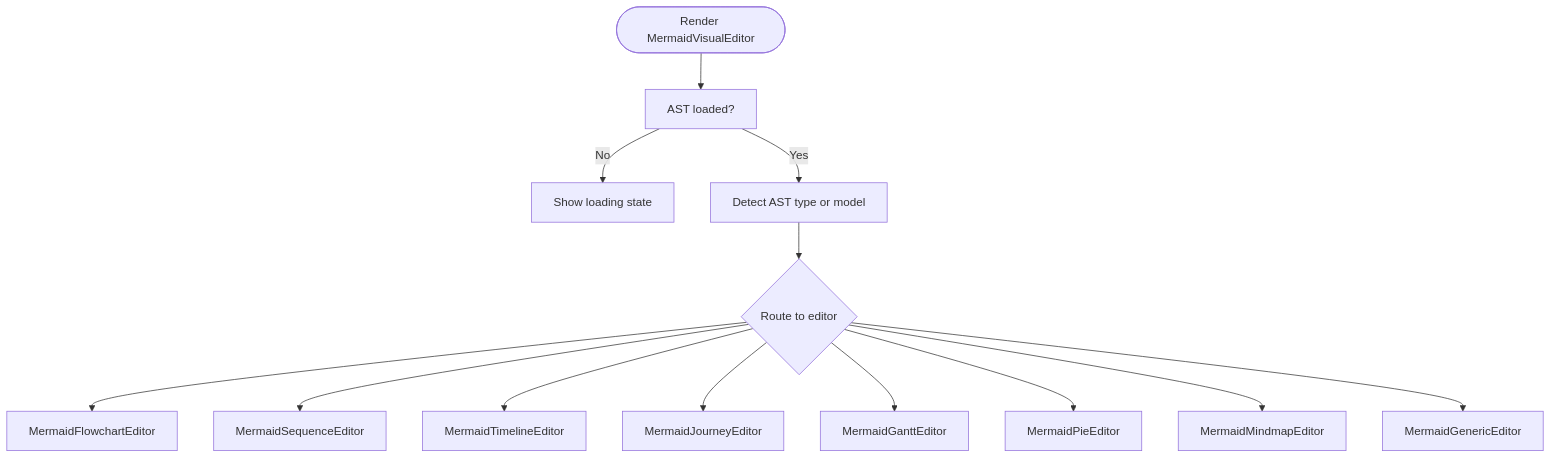
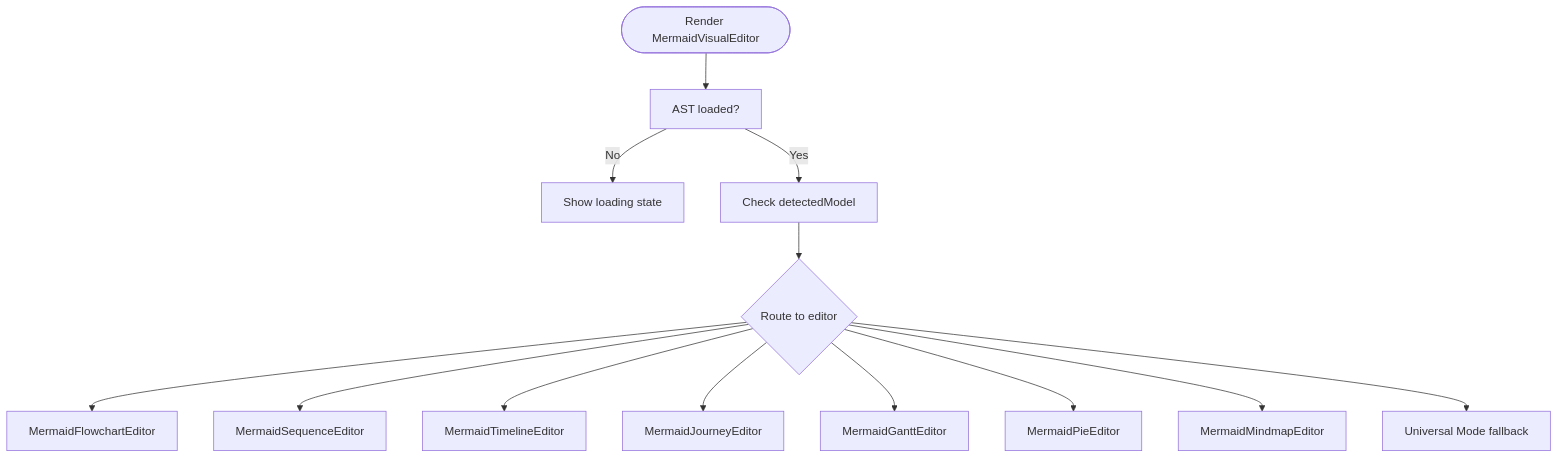
The third of 6 diagrams in .qoder/repowiki/en/content/Diagram Types and Formats/Mermaid Diagrams/Mermaid Diagrams.md (ongchonghian/universal-diagram-editor), drawn with Mermaid before and after one commit. The commit also changed other lines of this file and 31 other files, not shown here.

````diff
--- a/.qoder/repowiki/en/content/Diagram Types and Formats/Mermaid Diagrams/Mermaid Diagrams.md
+++ b/.qoder/repowiki/en/content/Diagram Types and Formats/Mermaid Diagrams/Mermaid Diagrams.md
@@ -155,15 +145,15 @@
 ```mermaid
 flowchart TD
 Start(["Render MermaidVisualEditor"]) --> CheckAST["AST loaded?"]
 CheckAST --> |No| Loading["Show loading state"]
-CheckAST --> |Yes| DetectType["Detect AST type or model"]
+CheckAST --> |Yes| DetectType["Check detectedModel"]
 DetectType --> Route{"Route to editor"}
 Route --> Flowchart["MermaidFlowchartEditor"]
 Route --> Sequence["MermaidSequenceEditor"]
 Route --> Timeline["MermaidTimelineEditor"]
 Route --> Journey["MermaidJourneyEditor"]
 Route --> Gantt["MermaidGanttEditor"]
 Route --> Pie["MermaidPieEditor"]
 Route --> Mindmap["MermaidMindmapEditor"]
-Route --> Generic["MermaidGenericEditor"]
+Route --> Generic["Universal Mode fallback"]
 ```
````
